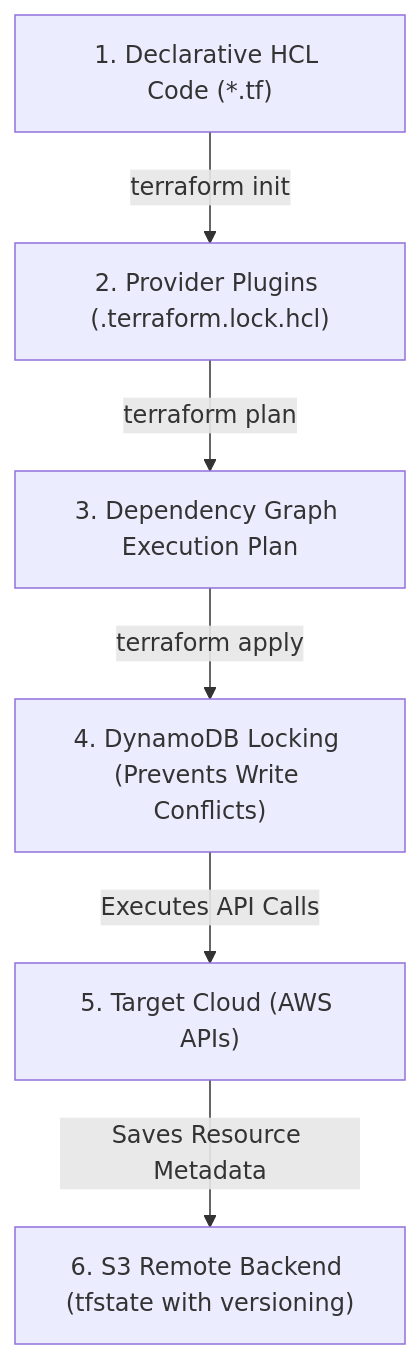
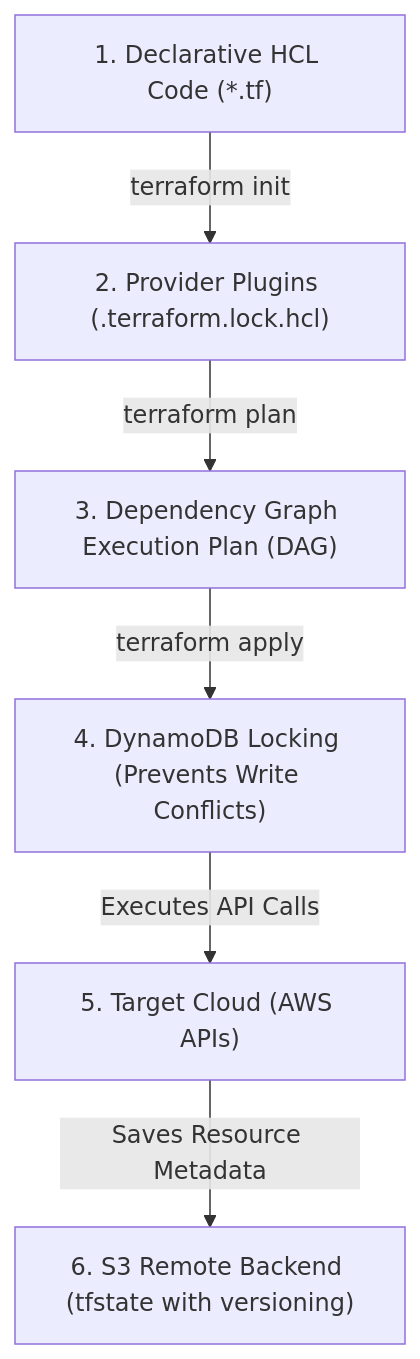
The diagram in Reference Notes/10-1_terraform_foundations_and_state.md (kmashour/BrainDump), drawn with Mermaid before and after one commit. The commit also changed other lines of this file and 11 other files, not shown here.

````diff
--- a/Reference Notes/10-1_terraform_foundations_and_state.md
+++ b/Reference Notes/10-1_terraform_foundations_and_state.md
@@ -11,8 +11,8 @@
 ```mermaid
 graph TD
     Code["1. Declarative HCL Code (*.tf)"] -->|terraform init| Plugins["2. Provider Plugins (.terraform.lock.hcl)"]
-    Plugins -->|terraform plan| Graph["3. Dependency Graph Execution Plan"]
+    Plugins -->|terraform plan| Graph["3. Dependency Graph Execution Plan (DAG)"]
     Graph -->|terraform apply| BackendLock["4. DynamoDB Locking (Prevents Write Conflicts)"]
     BackendLock -->|Executes API Calls| Cloud["5. Target Cloud (AWS APIs)"]
     Cloud -->|Saves Resource Metadata| RemoteState["6. S3 Remote Backend (tfstate with versioning)"]
 ```
````
